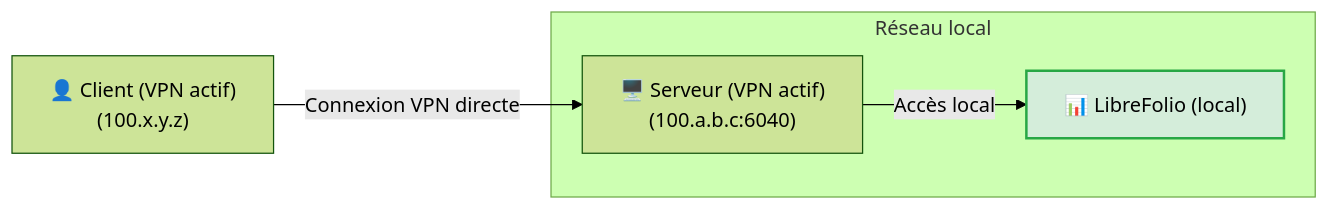
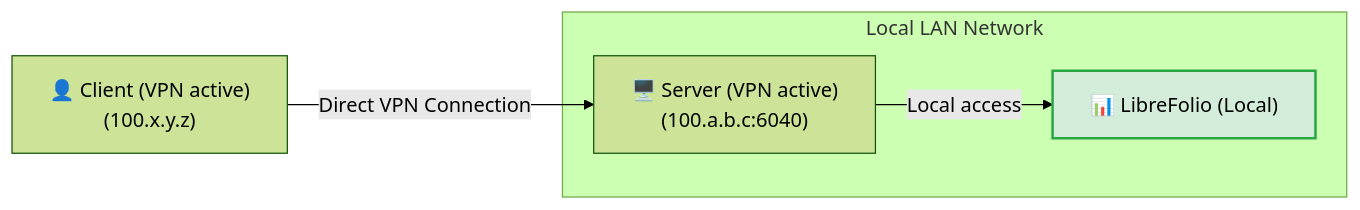
The second of 3 diagrams in mkdocs_src/docs/admin/service_exposure.fr.md (Librefolio/LibreFolio), drawn with Mermaid (forest theme) before and after one commit. The commit also changed other lines of this file and 2 other files, not shown here.

````diff
--- a/mkdocs_src/docs/admin/service_exposure.fr.md
+++ b/mkdocs_src/docs/admin/service_exposure.fr.md
@@ -96,8 +100,8 @@
 ```mermaid
 graph LR
-    Client["👤 Client (VPN actif)<br>(100.x.y.z)"] -->|Connexion VPN directe| Server["🖥️ Serveur (VPN actif)<br>(100.a.b.c:6040)"]
-    subgraph LAN ["Réseau local"]
-        Server -->|Accès local| LibreFolio["📊 LibreFolio (local)"]
+    Client["👤 Client (VPN active)<br>(100.x.y.z)"] -->|Direct VPN Connection| Server["🖥️ Server (VPN active)<br>(100.a.b.c:6040)"]
+    subgraph LAN ["Local LAN Network"]
+        Server -->|Local access| LibreFolio["📊 LibreFolio (Local)"]
     end
     style LibreFolio fill:#d4edda,stroke:#28a745,stroke-width:2px;
 ```
````
